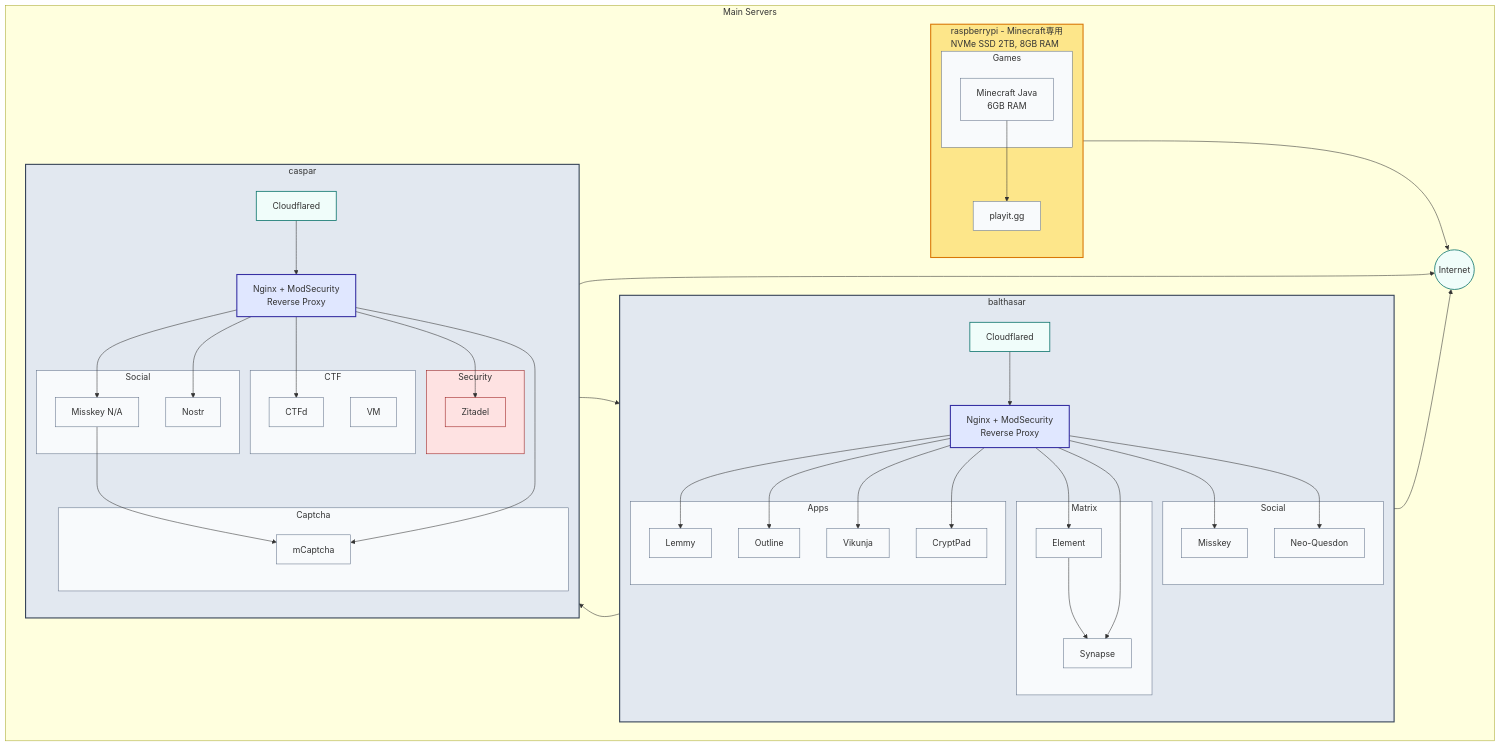
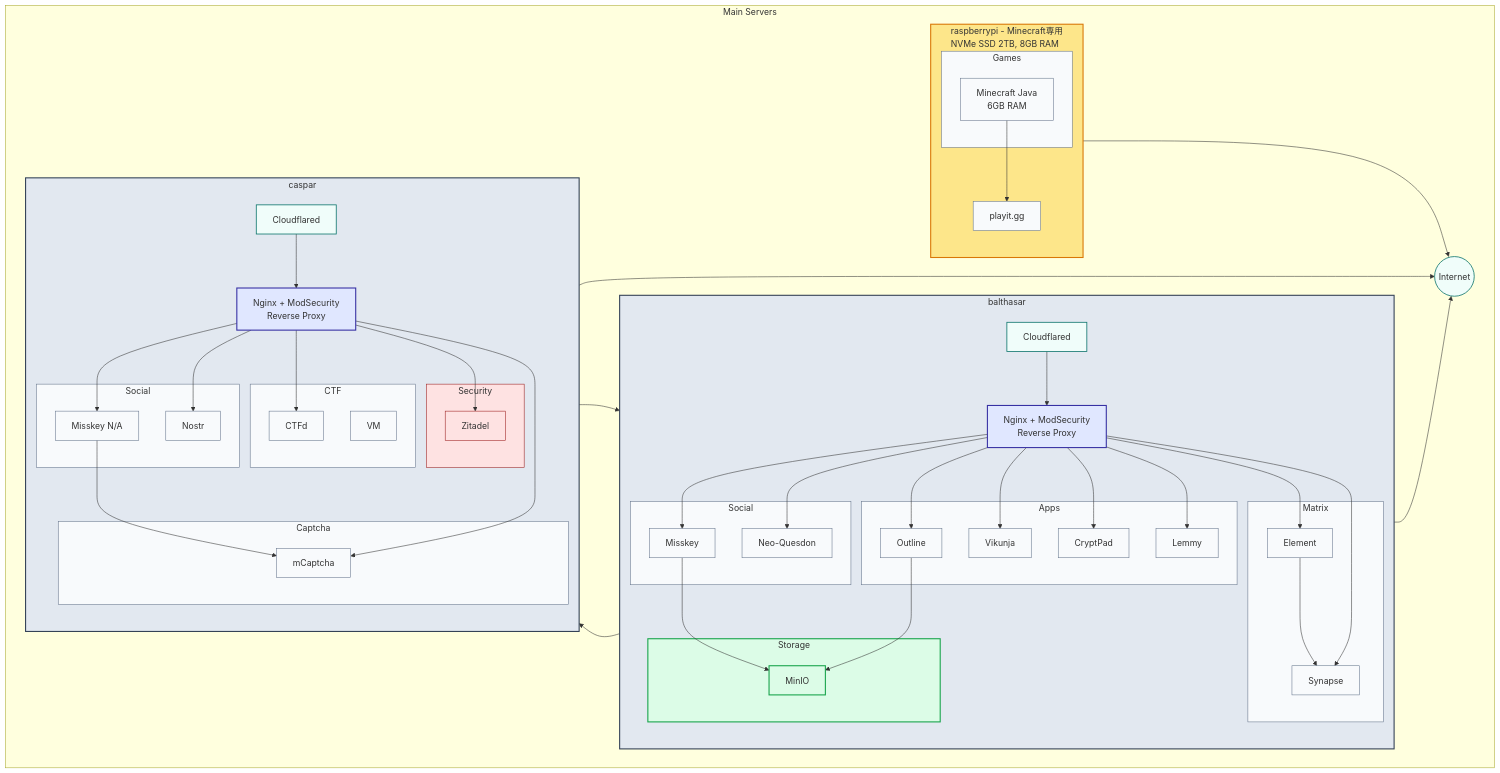
Before and after one commit to yamisskey-dev/hosted-list: the first of 5 diagrams in README.md, drawn with Mermaid. The commit also changed other lines of this file, not shown here.

````diff
--- a/README.md
+++ b/README.md
@@ -11,6 +11,7 @@
     classDef proxy fill:#e0e7ff,stroke:#3730a3,stroke-width:2px
     classDef cloudflare fill:#f0fdfa,stroke:#0f766e,stroke-width:1.5px
     classDef security fill:#fee2e2,stroke:#991b1b,stroke-width:1px
+    classDef storage fill:#dcfce7,stroke:#16a34a,stroke-width:2px
 
     %% Main Infrastructure
     subgraph main_servers[Main Servers]
@@ -36,6 +37,10 @@
                 outline[Outline]:::service
                 vikunja[Vikunja]:::service
                 cryptpad[CryptPad]:::service
+            end
+            
+            subgraph storage_local[Storage]
+                minio[MinIO]:::storage
             end
         end
         
@@ -75,6 +80,10 @@
         internet((Internet)):::cloudflare
     end
 
+    %% Local storage connections (thick lines)
+    yamisskey -->  minio
+    outline -->  minio
+
     %% Core connections
     zitadel --> outline
     element --> synapse
@@ -113,4 +122,5 @@
     class security_group security
     class cloudflared_b,cloudflared_c cloudflare
     class nginx_b,nginx_c proxy
+    class storage_local storage
 ```
````
